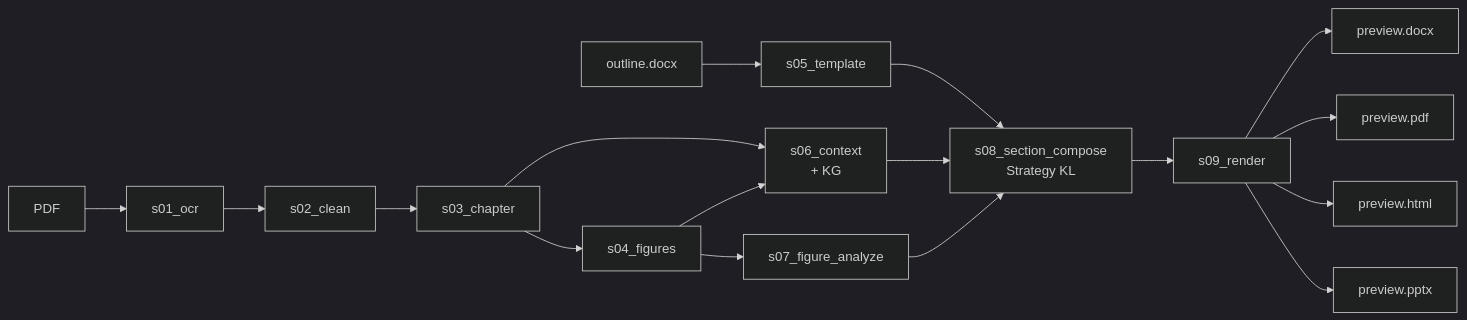
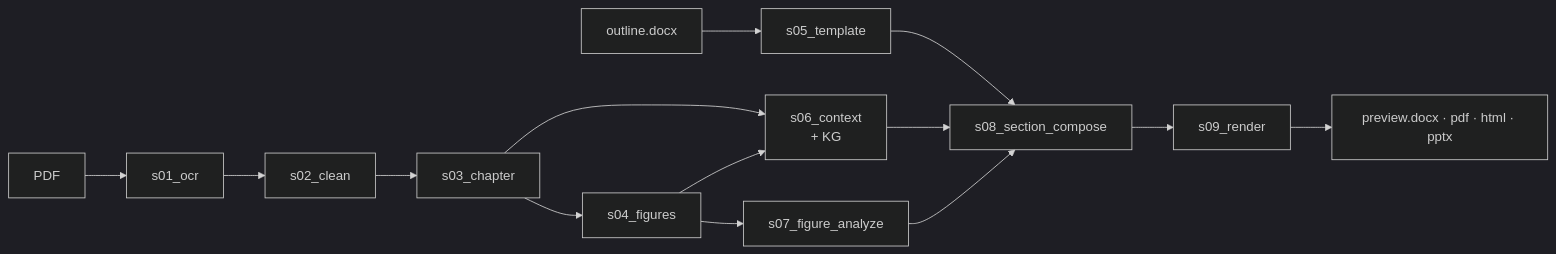
The diagram in README.md (thematteroftime/lazy-paper), drawn with Mermaid (dark theme) before and after one commit. The commit also changed other lines of this file and 1 other file, not shown here.

````diff
--- a/README.md
+++ b/README.md
@@ -44,16 +26,13 @@
 ```mermaid
 flowchart LR
     PDF[PDF] --> S01[s01_ocr] --> S02[s02_clean] --> S03[s03_chapter] --> S04[s04_figures]
     TPL[outline.docx] --> S05[s05_template]
     S03 --> S06[s06_context<br/>+ KG]
     S04 --> S06
     S04 --> S07[s07_figure_analyze]
     S05 --> S08
     S06 --> S08
-    S07 --> S08[s08_section_compose<br/>Strategy KL]
+    S07 --> S08[s08_section_compose]
     S08 --> S09[s09_render]
-    S09 --> DOCX[preview.docx]
-    S09 --> PDFo[preview.pdf]
-    S09 --> HTML[preview.html]
-    S09 --> PPTX[preview.pptx]
+    S09 --> OUT[preview.docx · pdf · html · pptx]
 ```
````
